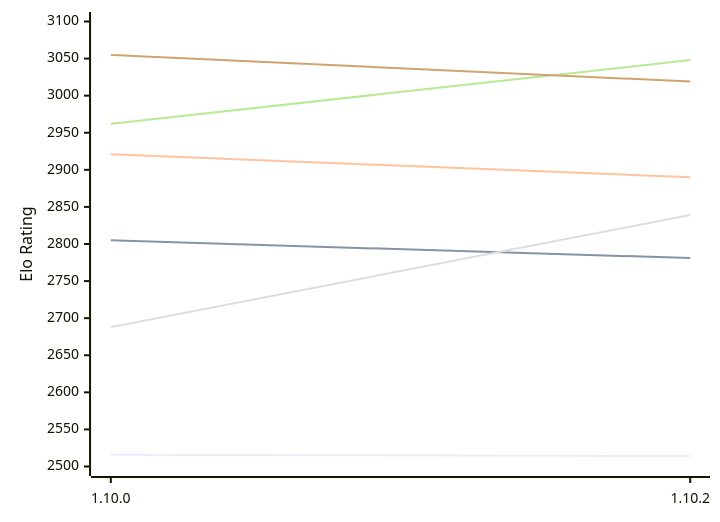
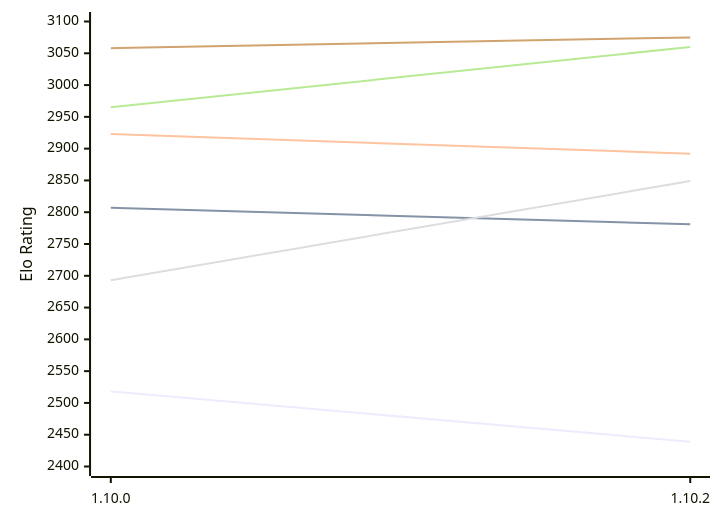
One commit to computer-chess-index/cci changed the first of 2 diagrams in engines/Basilisk.md. Above: the diagram before and after it, drawn with Mermaid. The commit also changed other lines of this file, not shown here.

Commit message:
Update CCI Ratings (ELO VLTC) - 2026-10-11

````diff
--- a/engines/Basilisk.md
+++ b/engines/Basilisk.md
@@ -61,12 +61,12 @@
 ```mermaid
 %%{init: {"theme":"base","themeVariables":{"seriesColors:['#a3a3a3','#222221','#faa371']}}}%%
 xychart-beta
   x-axis ["1.10.0", "1.10.2"]
-  y-axis "Elo Rating" 2500 --> 3100
-  line "E1: STC (8.0+0.08s)" [2516, 2514]
-  line "E1: LTC (60.0+0.60s)" [2805, 2781]
-  line "E1: VLTC (2m24s+1.12s)" [2921, 2890]
-  line "P1: STC (8.0+0.08s)" [2688, 2839]
-  line "P1: LTC (60.0+0.60s)" [2962, 3048]
-  line "P1: VLTC (2m24s+1.12s)" [3055, 3019]
+  y-axis "Elo Rating" 2400 --> 3100
+  line "E1: STC (8.0+0.08s)" [2518, 2439]
+  line "E1: LTC (60.0+0.60s)" [2807, 2781]
+  line "E1: VLTC (2m24s+1.12s)" [2923, 2892]
+  line "P1: STC (8.0+0.08s)" [2693, 2849]
+  line "P1: LTC (60.0+0.60s)" [2965, 3060]
+  line "P1: VLTC (2m24s+1.12s)" [3058, 3075]
 ```
````
